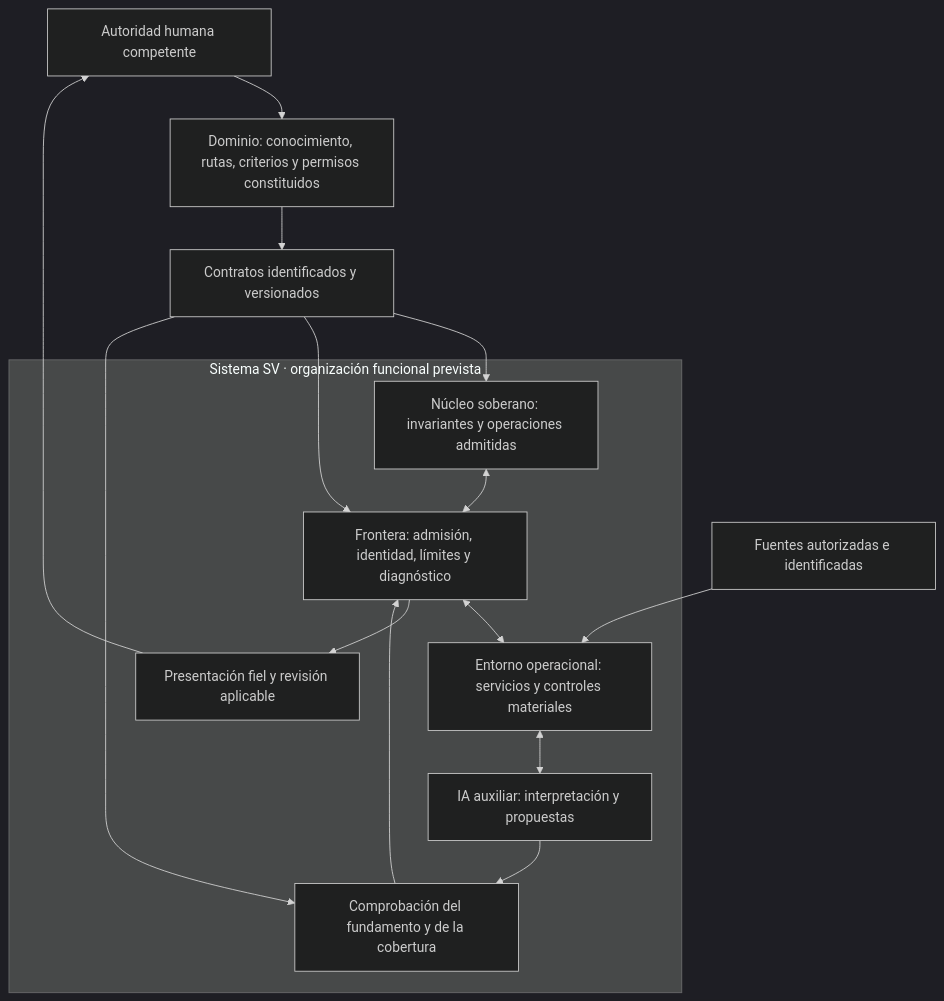
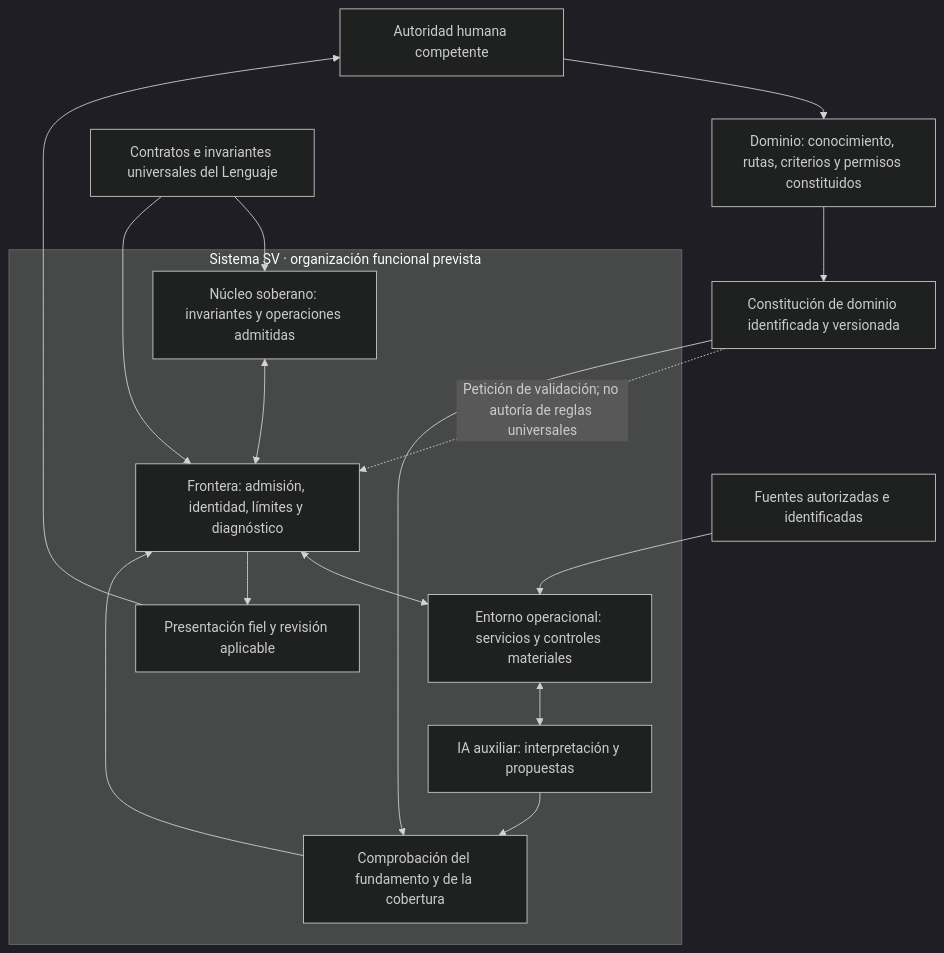
The second of 4 diagrams in laboratorio/sistema-conjunto-lenguaje-computacion-ia-gobernada/README.md (juantoniolloretegea/SV-motor), drawn with Mermaid (dark theme) before and after one commit. The commit also changed other lines of this file, not shown here.

````diff
--- a/laboratorio/sistema-conjunto-lenguaje-computacion-ia-gobernada/README.md
+++ b/laboratorio/sistema-conjunto-lenguaje-computacion-ia-gobernada/README.md
@@ -123,24 +141,25 @@
 ```mermaid
 flowchart TB
     H["Autoridad humana competente"] --> D["Dominio: conocimiento, rutas, criterios y permisos constituidos"]
-    D --> C["Contratos identificados y versionados"]
+    D --> C["Constitución de dominio identificada y versionada"]
+    L["Contratos e invariantes universales del Lenguaje"] --> N
+    L --> F
     subgraph S["Sistema SV · organización funcional prevista"]
         N["Núcleo soberano: invariantes y operaciones admitidas"]
         F["Frontera: admisión, identidad, límites y diagnóstico"]
         O["Entorno operacional: servicios y controles materiales"]
         A["IA auxiliar: interpretación y propuestas"]
         V["Comprobación del fundamento y de la cobertura"]
         P["Presentación fiel y revisión aplicable"]
         N <--> F
         F <--> O
         O <--> A
         A --> V
         V --> F
         F --> P
     end
-    C --> N
-    C --> F
+    C -. "Petición de validación; no autoría de reglas universales" .-> F
     C --> V
     K["Fuentes autorizadas e identificadas"] --> O
     P --> H
 ```
````
